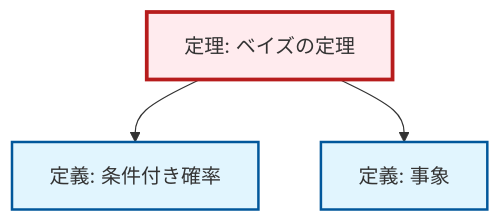
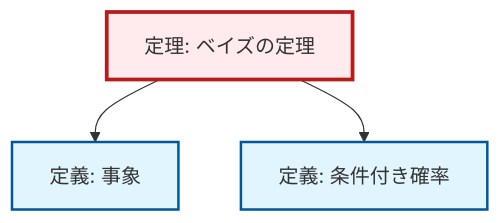
Before and after one commit to RK0429/ModernMath: the diagram in content/ja/probability-statistics/thm-bayes.qmd, drawn with Mermaid. The commit also changed other lines of this file and 1012 other files, not shown here.

````diff
--- a/content/ja/probability-statistics/thm-bayes.qmd
+++ b/content/ja/probability-statistics/thm-bayes.qmd
@@ -89,17 +89,17 @@
 ```{mermaid}
 %%| fig-cap: "Local dependency graph"
 graph TD
     classDef definition fill:#e1f5fe,stroke:#01579b,stroke-width:2px
     classDef theorem fill:#f3e5f5,stroke:#4a148c,stroke-width:2px
     classDef axiom fill:#fff3e0,stroke:#e65100,stroke-width:2px
     classDef example fill:#e8f5e9,stroke:#1b5e20,stroke-width:2px
     classDef current fill:#ffebee,stroke:#b71c1c,stroke-width:3px
+    def-conditional-probability["定義: 条件付き確率"]:::definition
     thm-bayes["定理: ベイズの定理"]:::theorem
-    def-conditional-probability["定義: 条件付き確率"]:::definition
     def-event["定義: 事象"]:::definition
+    thm-bayes --> def-event
     thm-bayes --> def-conditional-probability
-    thm-bayes --> def-event
     class thm-bayes current
     click def-conditional-probability "def-conditional-probability.html" "条件付き確率の定義へ"
     click def-event "def-event.html" "事象の定義へ"
 ```
````
